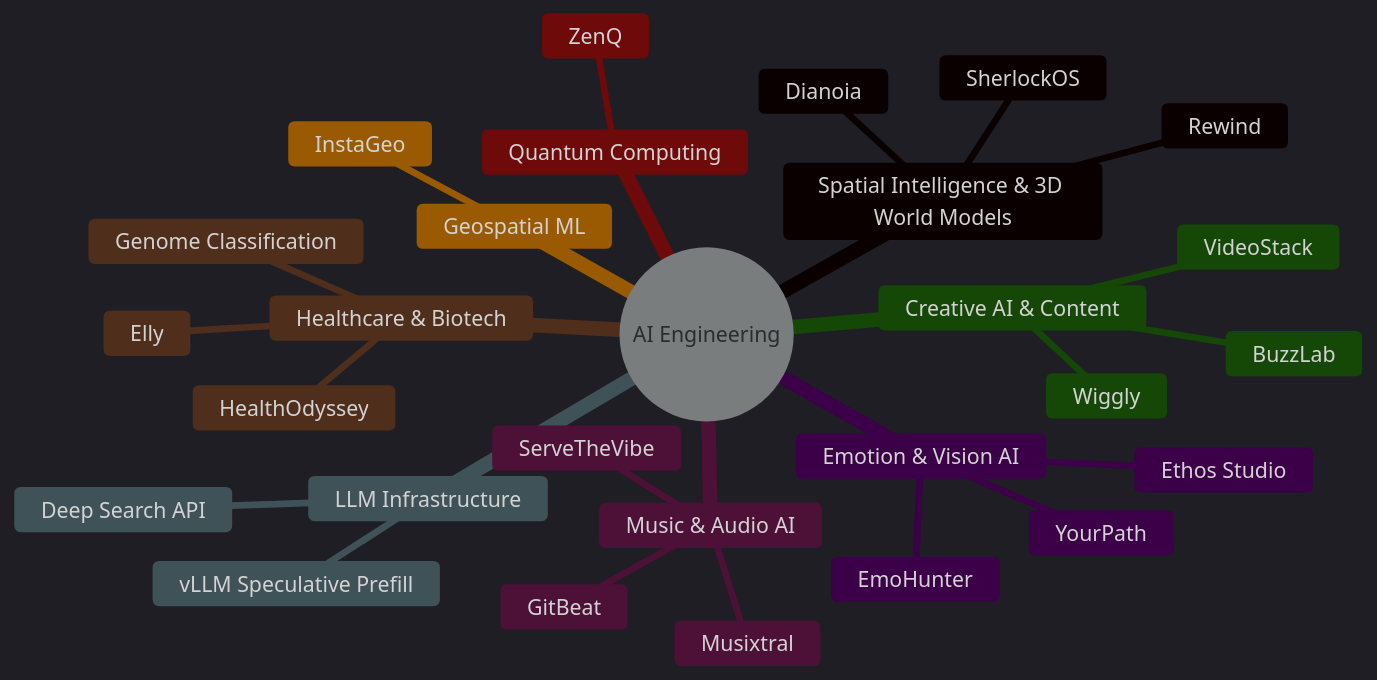
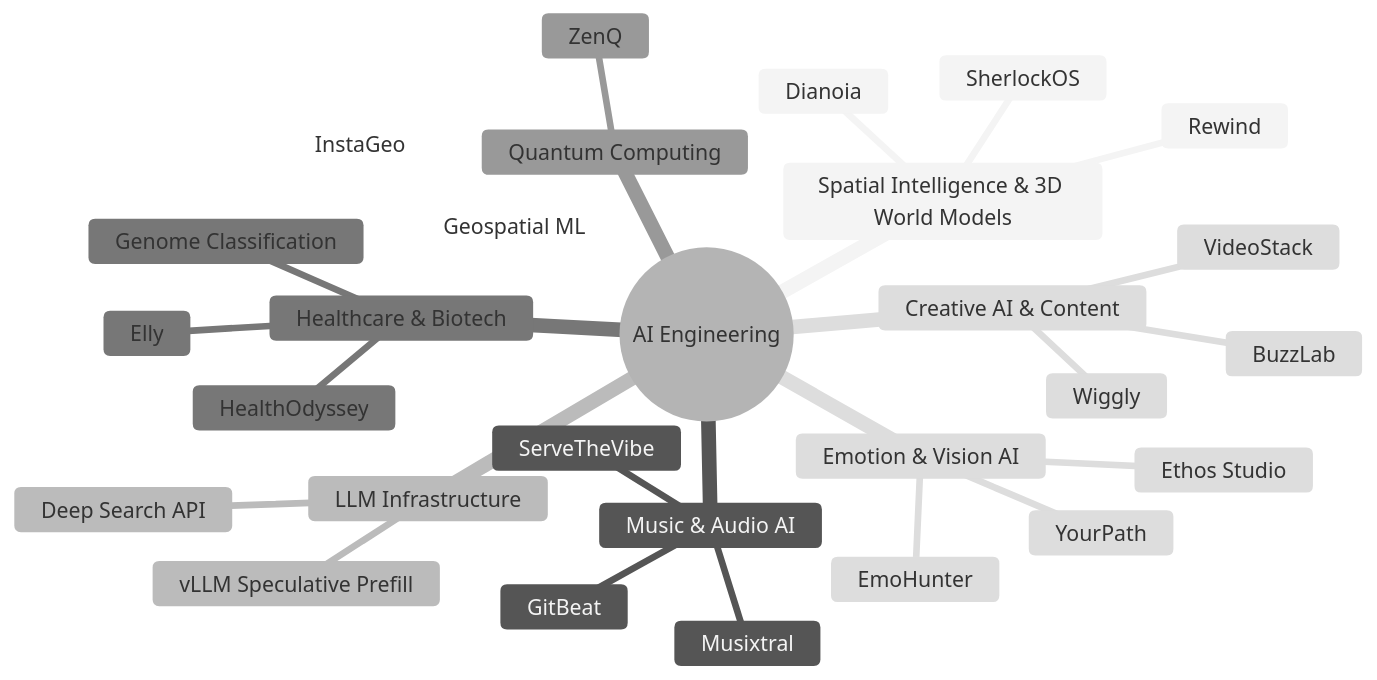
The first of 2 diagrams in README.md (inin-zou/inin-zou), drawn with Mermaid before and after one commit. The commit also changed other lines of this file, not shown here.

Commit message:
Switch mindmap to neutral theme, update email to gmail

````diff
--- a/README.md
+++ b/README.md
@@ -48,32 +48,32 @@
 ```mermaid
-%%{init: {'theme': 'dark'}}%%
+%%{init: {'theme': 'neutral'}}%%
 mindmap
   root((AI Engineering))
     Spatial Intelligence & 3D World Models
       Dianoia
       Rewind
       SherlockOS
     Music & Audio AI
       Musixtral
       GitBeat
       ServeTheVibe
     LLM Infrastructure
       vLLM Speculative Prefill
       Deep Search API
     Healthcare & Biotech
       HealthOdyssey
       Elly
       Genome Classification
     Quantum Computing
       ZenQ
     Emotion & Vision AI
       EmoHunter
       YourPath
       Ethos Studio
     Geospatial ML
       InstaGeo
     Creative AI & Content
       BuzzLab
       VideoStack
       Wiggly
 ```
````
